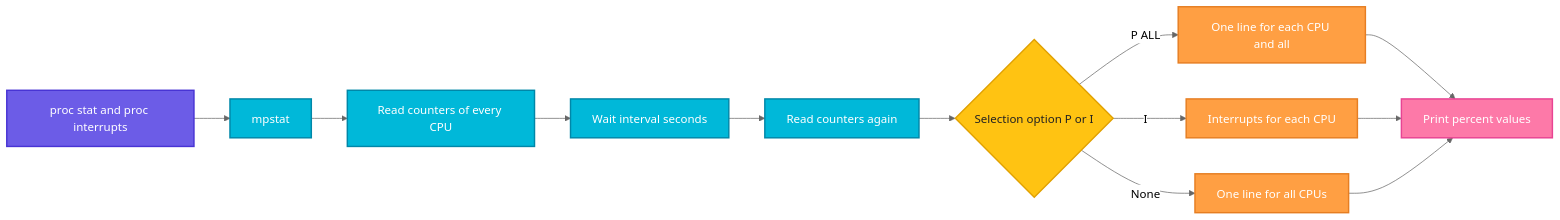
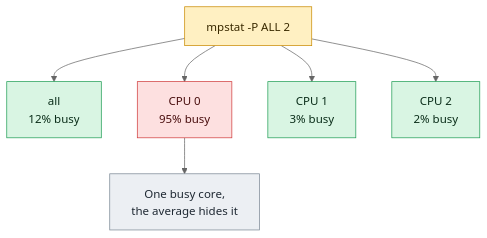
The diagram in linux/system-info/mpstat.md (codeKerdosTech/DevOps-Documentation), drawn with Mermaid (neutral theme) before and after one commit. The commit also changed other lines of this file and 165 other files, not shown here.

Commit message:
updated diagrams in linux

````diff
--- a/linux/system-info/mpstat.md
+++ b/linux/system-info/mpstat.md
@@ -32,26 +32,17 @@
 ```mermaid
-flowchart LR
-    A[proc stat and proc interrupts] --> B[mpstat]
-    B --> C[Read counters of every CPU]
-    C --> D[Wait interval seconds]
-    D --> E[Read counters again]
-    E --> F{Selection option P or I}
-    F -->|P ALL| G[One line for each CPU and all]
-    F -->|I| H[Interrupts for each CPU]
-    F -->|None| I[One line for all CPUs]
-    G --> J[Print percent values]
-    H --> J
-    I --> J
-    classDef start fill:#6C5CE7,stroke:#4834D4,stroke-width:2px,color:#fff
-    classDef proc fill:#00B8D9,stroke:#0087A8,stroke-width:2px,color:#fff
-    classDef dec fill:#FFC312,stroke:#E1A100,stroke-width:2px,color:#222
-    classDef ok fill:#2ECC71,stroke:#1E8449,stroke-width:2px,color:#fff
-    classDef err fill:#FF4757,stroke:#C0392B,stroke-width:2px,color:#fff
-    classDef out fill:#FD79A8,stroke:#E84393,stroke-width:2px,color:#fff
-    classDef alt fill:#FF9F43,stroke:#E67E22,stroke-width:2px,color:#fff
-    class A start
-    class B,C,D,E proc
-    class F dec
-    class G,H,I alt
-    class J out
+flowchart TD
+    c1[mpstat -P ALL 2] --> o1[all<br/>12% busy]
+    c1 --> x1[CPU 0<br/>95% busy]
+    c1 --> o2[CPU 1<br/>3% busy]
+    c1 --> o3[CPU 2<br/>2% busy]
+    x1 --> n1[One busy core,<br/>the average hides it]
+    classDef inp fill:#DCEBFF,stroke:#2F6FDE,color:#10213F
+    classDef cmd fill:#FFF0C2,stroke:#C98A00,color:#3A2A00
+    classDef out fill:#D9F5E3,stroke:#1F9D55,color:#0B2E1A
+    classDef bad fill:#FDE0E0,stroke:#D13B3B,color:#4A0F0F
+    classDef note fill:#ECEFF3,stroke:#7B8794,color:#1F2933
+    class c1 cmd
+    class o1,o2,o3 out
+    class x1 bad
+    class n1 note
 ```
````
